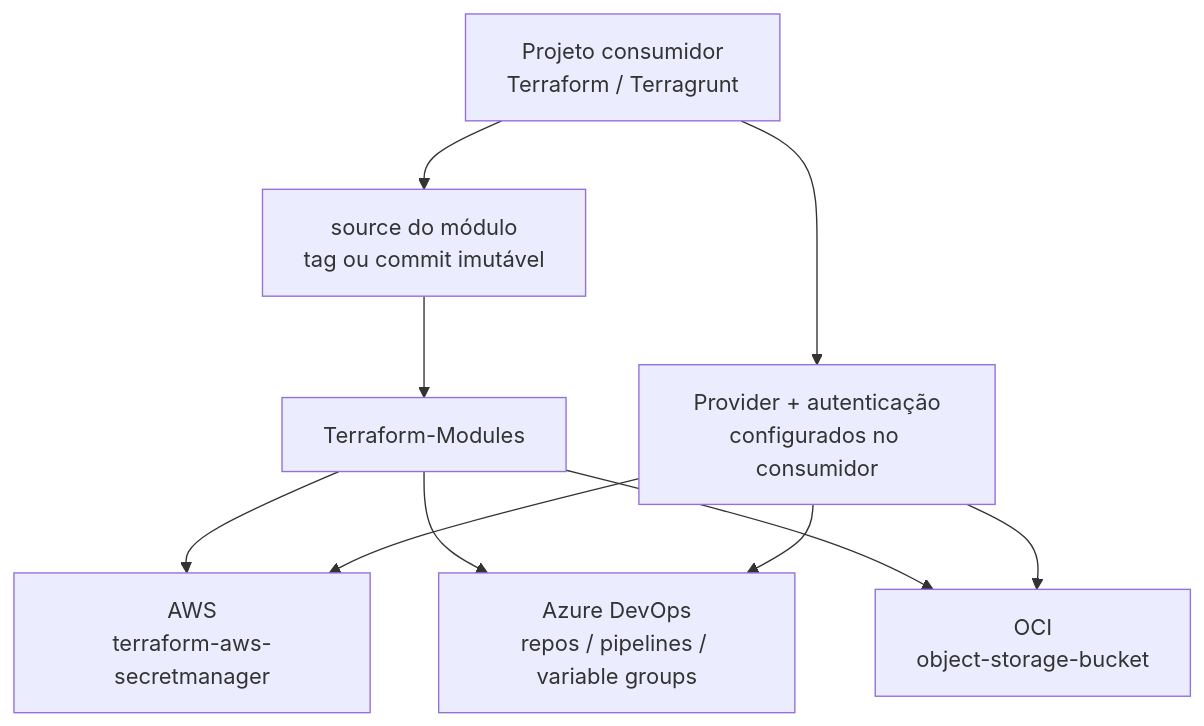
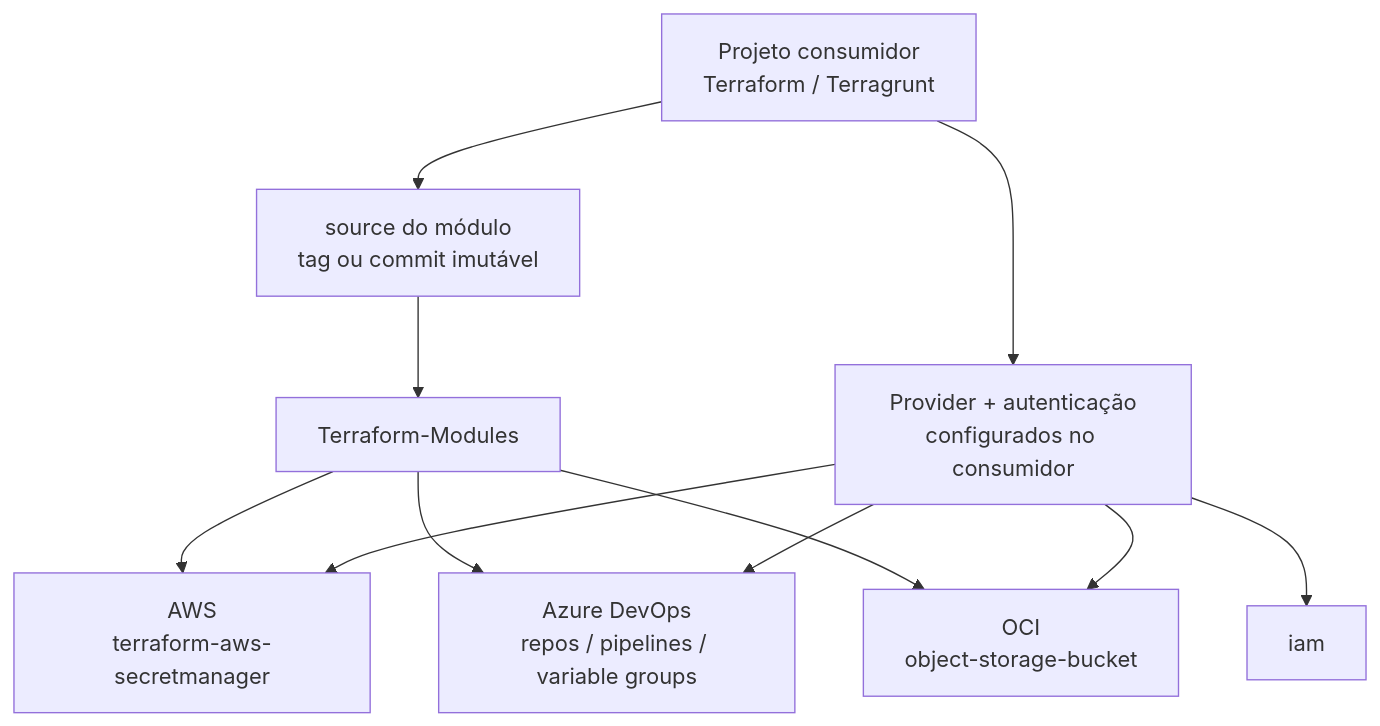
One commit to Edwanderson94/Terraform-Modules changed the diagram in README.md. Above: the diagram before and after it, drawn with Mermaid. The commit also changed other lines of this file and 13 other files, not shown here.

````diff
--- a/README.md
+++ b/README.md
@@ -14,12 +14,13 @@
 ```mermaid
 flowchart TB
     consumer["Projeto consumidor\nTerraform / Terragrunt"] --> source["source do módulo\ntag ou commit imutável"]
     source --> catalog["Terraform-Modules"]
     catalog --> aws["AWS\nterraform-aws-secretmanager"]
     catalog --> azdo["Azure DevOps\nrepos / pipelines / variable groups"]
     catalog --> oci["OCI\nobject-storage-bucket"]
     consumer --> provider["Provider + autenticação\nconfigurados no consumidor"]
     provider --> aws
+    provider --> iam
     provider --> azdo
     provider --> oci
 ```
````
